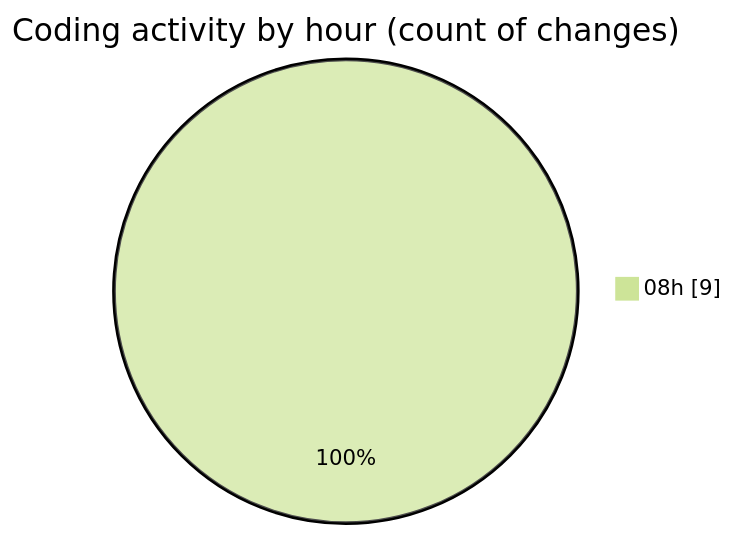
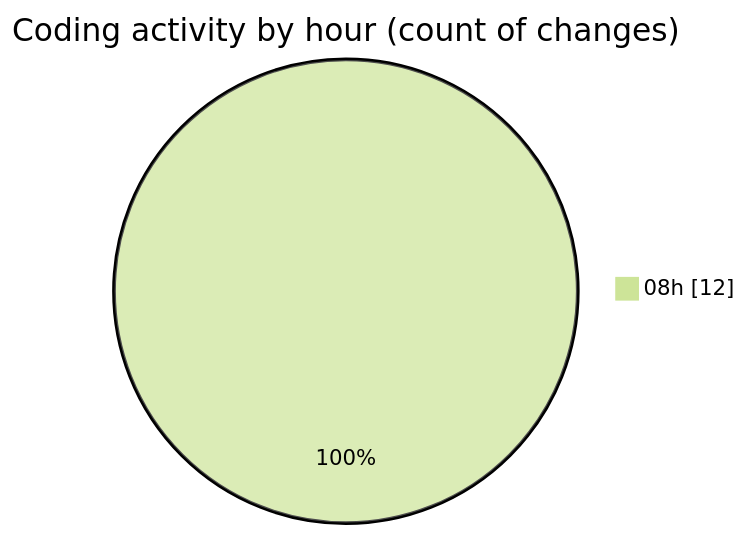
The second of 2 diagrams in 2025-09-13/shop/README.md (vahidmafi/code-tracking), drawn with Mermaid (forest theme) before and after one commit. The commit also changed other lines of this file and 1 other file, not shown here.

````diff
--- a/2025-09-13/shop/README.md
+++ b/2025-09-13/shop/README.md
@@ -32,5 +33,5 @@
 ```mermaid
 pie showData
 title Coding activity by hour (count of changes)
-"08h" : 9
+"08h" : 12
 ```
````
